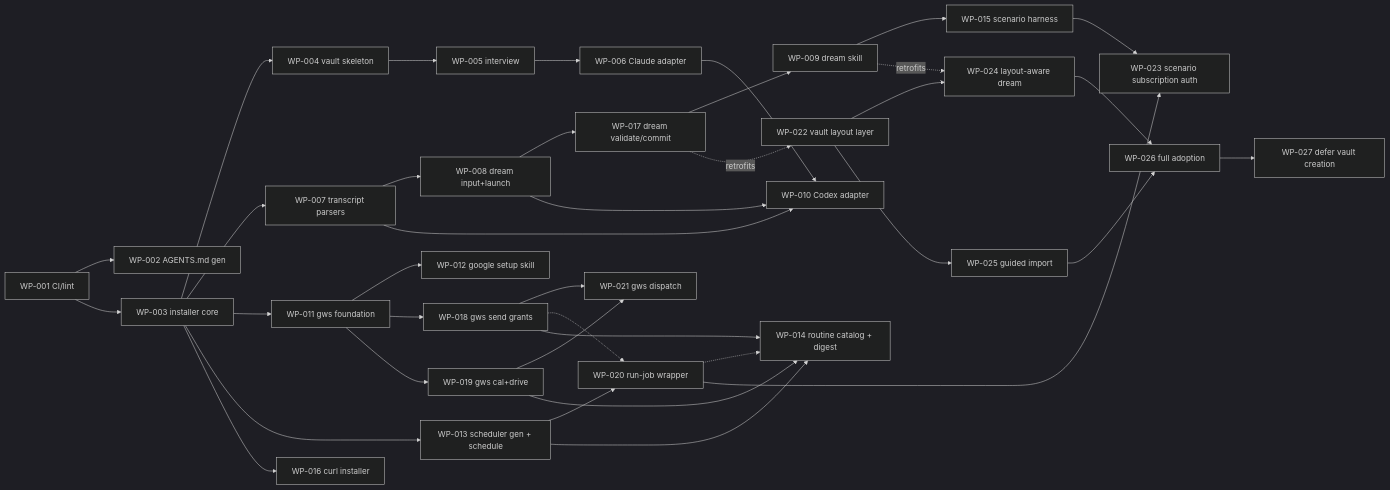
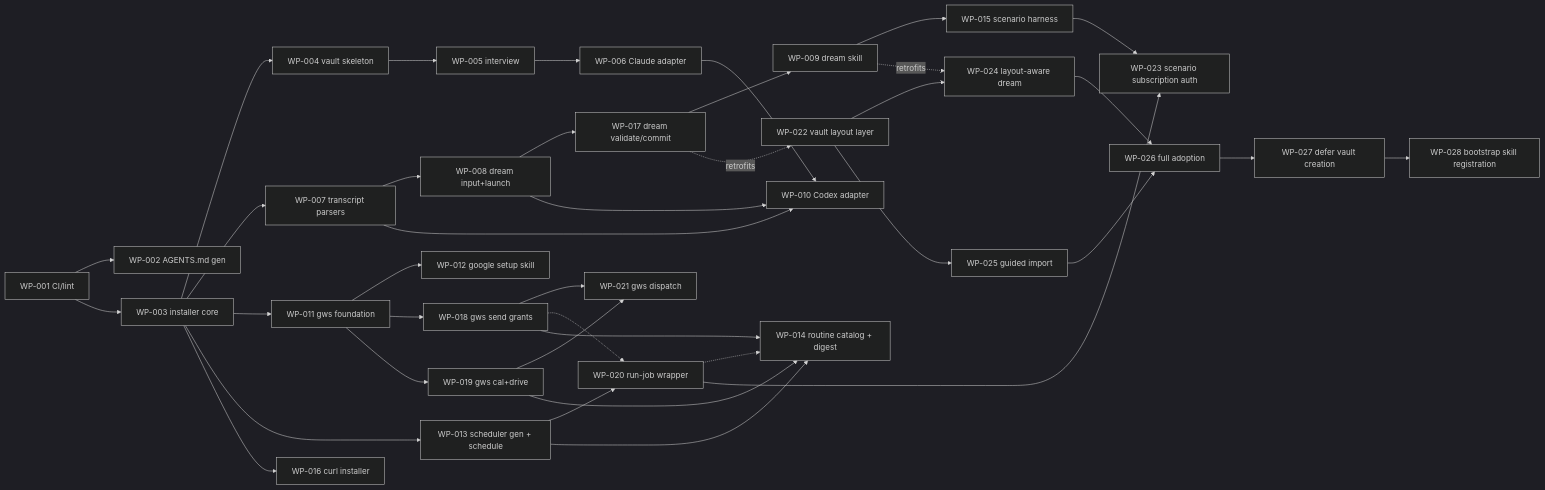
Before and after one commit to wienerdog-ai/wienerdog: the diagram in docs/specs/ROADMAP.md, drawn with Mermaid (dark theme). The commit also changed other lines of this file and 1 other file, not shown here.

Commit message:
docs(specs): WP-028 bootstrap skill registration — Ready
Fixes the live-reported deadlock: sync's skill+hook registration becomes
vault-independent; init runs sync on the install path; seam test covers
fresh-machine → init → skill-visible. Census also catches WP-027's latent
scenario-harness seeding break.

Claude-Session: https://claude.ai/code/session_014EA5BsHCfHRViJFXdovC86

````diff
--- a/docs/specs/ROADMAP.md
+++ b/docs/specs/ROADMAP.md
@@ -52,39 +53,40 @@
 ```mermaid
 graph LR
   WP001[WP-001 CI/lint] --> WP002[WP-002 AGENTS.md gen]
   WP001 --> WP003[WP-003 installer core]
   WP003 --> WP004[WP-004 vault skeleton]
   WP004 --> WP005[WP-005 interview]
   WP005 --> WP006[WP-006 Claude adapter]
   WP003 --> WP007[WP-007 transcript parsers]
   WP007 --> WP008[WP-008 dream input+launch]
   WP008 --> WP017[WP-017 dream validate/commit]
   WP017 --> WP009[WP-009 dream skill]
   WP006 --> WP010[WP-010 Codex adapter]
   WP007 --> WP010
   WP008 --> WP010
   WP003 --> WP011[WP-011 gws foundation]
   WP011 --> WP012[WP-012 google setup skill]
   WP011 --> WP018[WP-018 gws send grants]
   WP011 --> WP019[WP-019 gws cal+drive]
   WP003 --> WP013[WP-013 scheduler gen + schedule]
   WP018 --> WP021[WP-021 gws dispatch]
   WP019 --> WP021
   WP013 --> WP020[WP-020 run-job wrapper]
   WP018 -.-> WP020
   WP018 --> WP014[WP-014 routine catalog + digest]
   WP019 --> WP014
   WP013 --> WP014
   WP020 -.-> WP014
   WP009 --> WP015[WP-015 scenario harness]
   WP003 --> WP016[WP-016 curl installer]
   WP015 --> WP023[WP-023 scenario subscription auth]
   WP020 --> WP023
   WP017 -.retrofits.-> WP022[WP-022 vault layout layer]
   WP009 -.retrofits.-> WP024[WP-024 layout-aware dream]
   WP022 --> WP024
   WP022 --> WP025[WP-025 guided import]
   WP024 --> WP026[WP-026 full adoption]
   WP025 --> WP026
   WP026 --> WP027[WP-027 defer vault creation]
+  WP027 --> WP028[WP-028 bootstrap skill registration]
 ```
````
